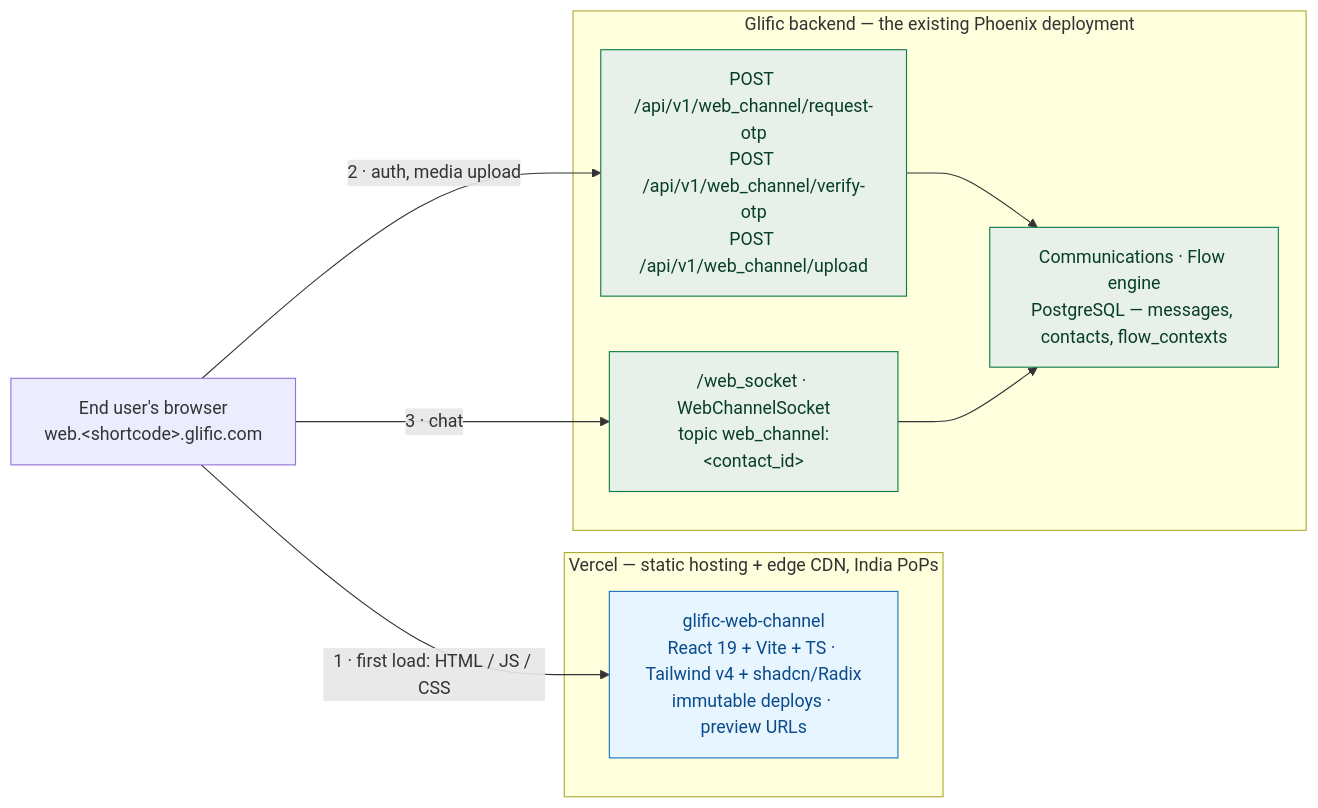
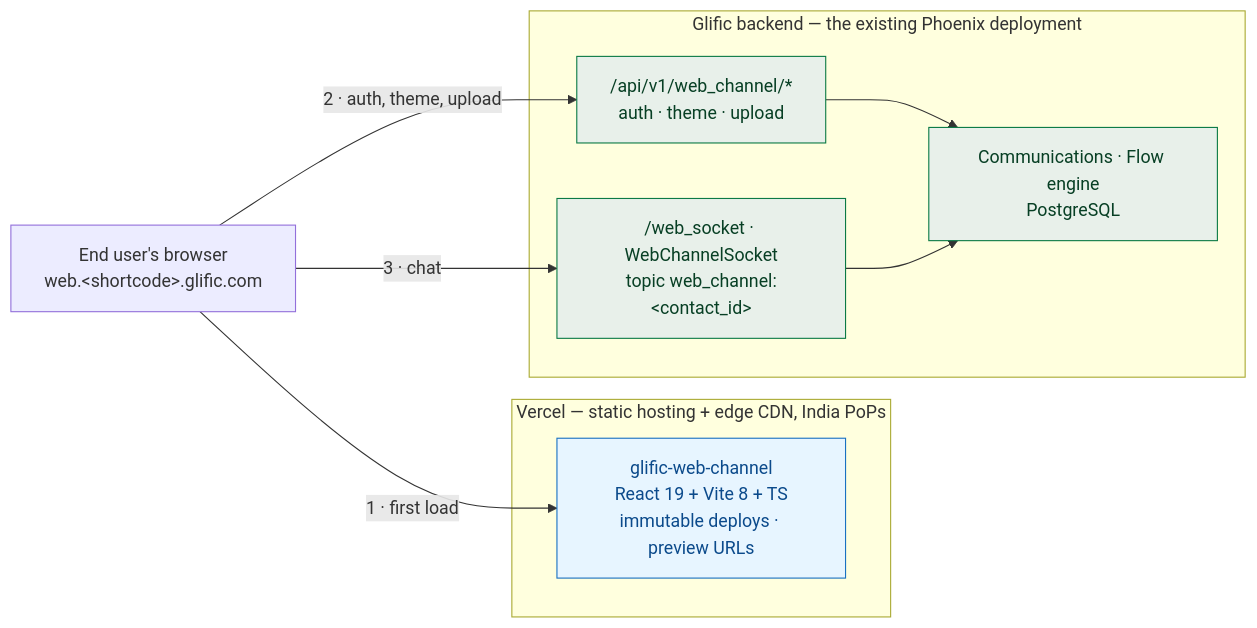
The second of 4 diagrams in plans/web-channel/tech-design.md (glific/glific), drawn with Mermaid before and after one commit. The commit also changed other lines of this file and 3 other files, not shown here.

First line of the commit message:
docs(web-channel): restructure design + capture research

````diff
--- a/plans/web-channel/tech-design.md
+++ b/plans/web-channel/tech-design.md
@@ -457,25 +350,21 @@
 ```mermaid
 flowchart LR
   U["End user's browser<br/>web.&lt;shortcode&gt;.glific.com"]
-
   subgraph V["Vercel — static hosting + edge CDN, India PoPs"]
-    ASSETS["glific-web-channel<br/>React 19 + Vite + TS · Tailwind v4 + shadcn/Radix<br/>immutable deploys · preview URLs"]
+    ASSETS["glific-web-channel<br/>React 19 + Vite 8 + TS<br/>immutable deploys · preview URLs"]
   end
-
   subgraph G["Glific backend — the existing Phoenix deployment"]
-    REST["POST /api/v1/web_channel/request-otp<br/>POST /api/v1/web_channel/verify-otp<br/>POST /api/v1/web_channel/upload"]
+    REST["/api/v1/web_channel/*<br/>auth · theme · upload"]
     WS["/web_socket · WebChannelSocket<br/>topic web_channel:&lt;contact_id&gt;"]
-    CORE["Communications · Flow engine<br/>PostgreSQL — messages, contacts, flow_contexts"]
+    CORE["Communications · Flow engine<br/>PostgreSQL"]
   end
-
-  U -->|"1 · first load: HTML / JS / CSS"| ASSETS
-  U -->|"2 · auth, media upload"| REST
+  U -->|"1 · first load"| ASSETS
+  U -->|"2 · auth, theme, upload"| REST
   U -->|"3 · chat"| WS
   REST --> CORE
   WS --> CORE
-
   classDef vercel fill:#e7f5ff,stroke:#1971c2,color:#0b4a8b
   classDef back fill:#e8f0ea,stroke:#0b7a45,color:#073f24
   class ASSETS vercel
   class REST,WS,CORE back
 ```
````
